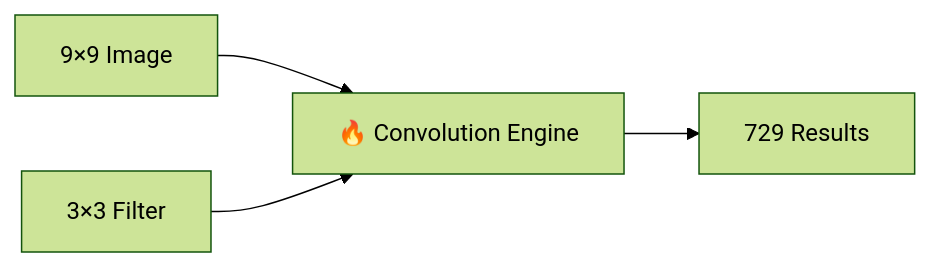
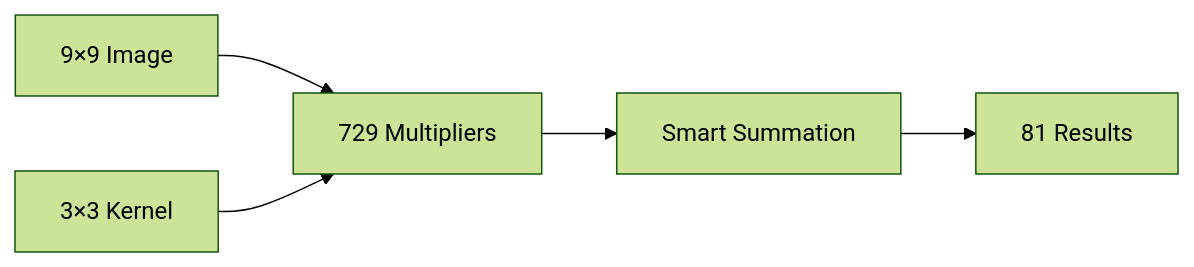
One commit to jalcim/logilib changed the first of 10 diagrams in src/tensor/README.md. Above: the diagram before and after it, drawn with Mermaid (forest theme). The commit also changed other lines of this file and 1 other file, not shown here.

Commit message:
litle mermaid

````diff
--- a/src/tensor/README.md
+++ b/src/tensor/README.md
@@ -12,7 +21,7 @@
 ```mermaid
 graph LR
-    A[9×9 Image] --> B[🔥 Convolution Engine]
-    C[3×3 Filter] --> B
-    B --> D[729 Results]
-
+    A[9×9 Image] --> B[729 Multipliers]
+    C[3×3 Kernel] --> B
+    B --> D[Smart Summation]
+    D --> E[81 Results]
 ```
````
